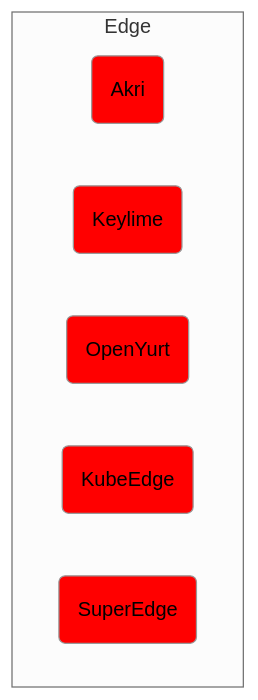
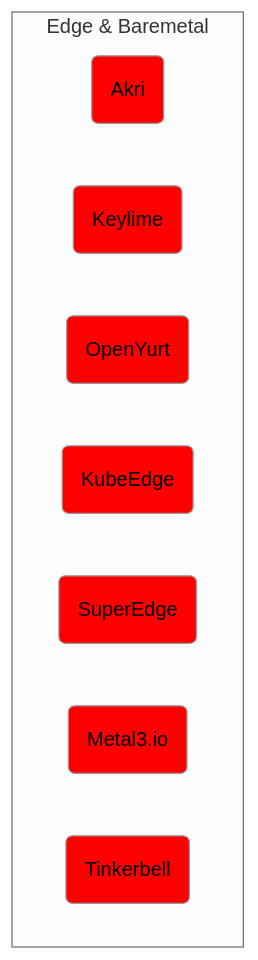
One commit to vfarcic/cncf-demo changed the sixth of 8 diagrams in solution.md. Above: the diagram before and after it, drawn with Mermaid (neutral theme). The commit also changed other lines of this file and 3 other files, not shown here.

````diff
--- a/solution.md
+++ b/solution.md
@@ -627,18 +629,29 @@
 ```mermaid
 flowchart TD
 
-    subgraph Edge
+    subgraph edge["Edge & Baremetal"]
 
+        %% ----------
+        %% -- Edge --
+        %% ----------
         akri(Akri)
         style akri fill:red
         keylime(Keylime)
         style keylime fill:red
         open-yurt(OpenYurt)
         style open-yurt fill:red
         kube-edge(KubeEdge)
         style kube-edge fill:red
         super-edge(SuperEdge)
         style super-edge fill:red
 
+        %% ---------------
+        %% -- Baremetal --
+        %% ---------------
+        metal3-io(Metal3.io)
+        style metal3-io fill:red
+        tinkerbell(Tinkerbell)
+        style tinkerbell fill:red
+
     end
 ```
````
